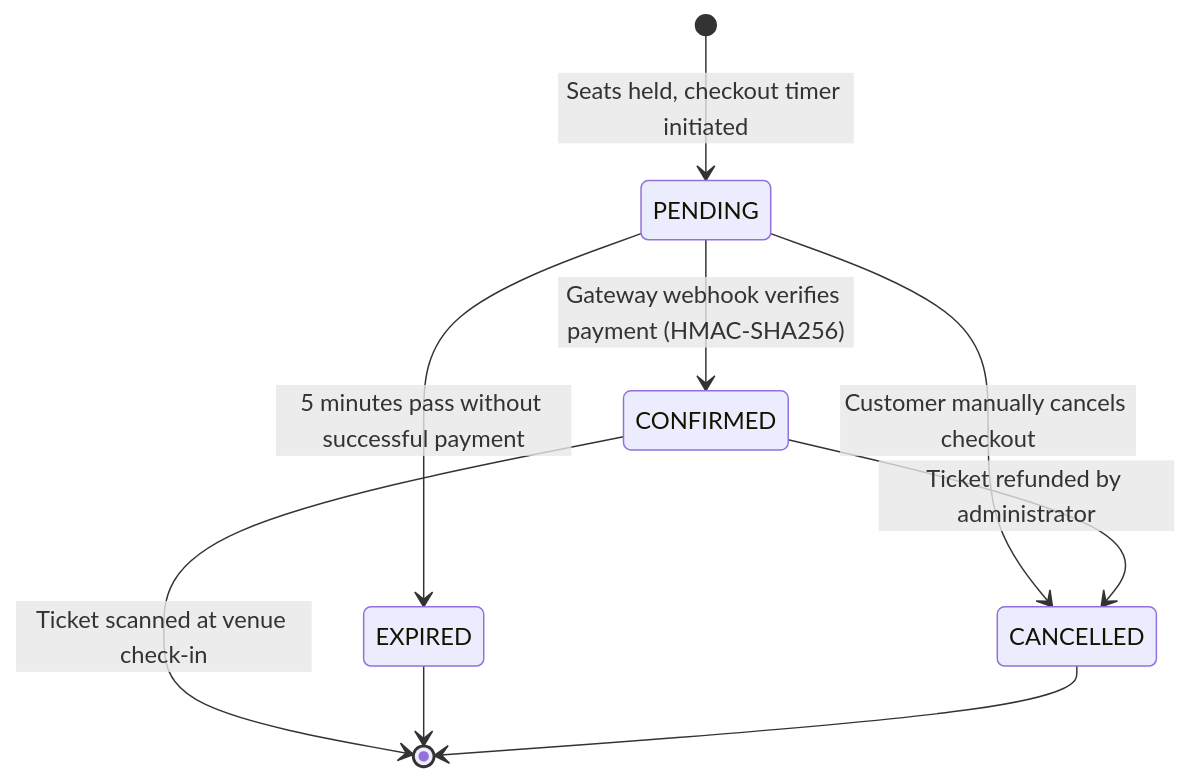
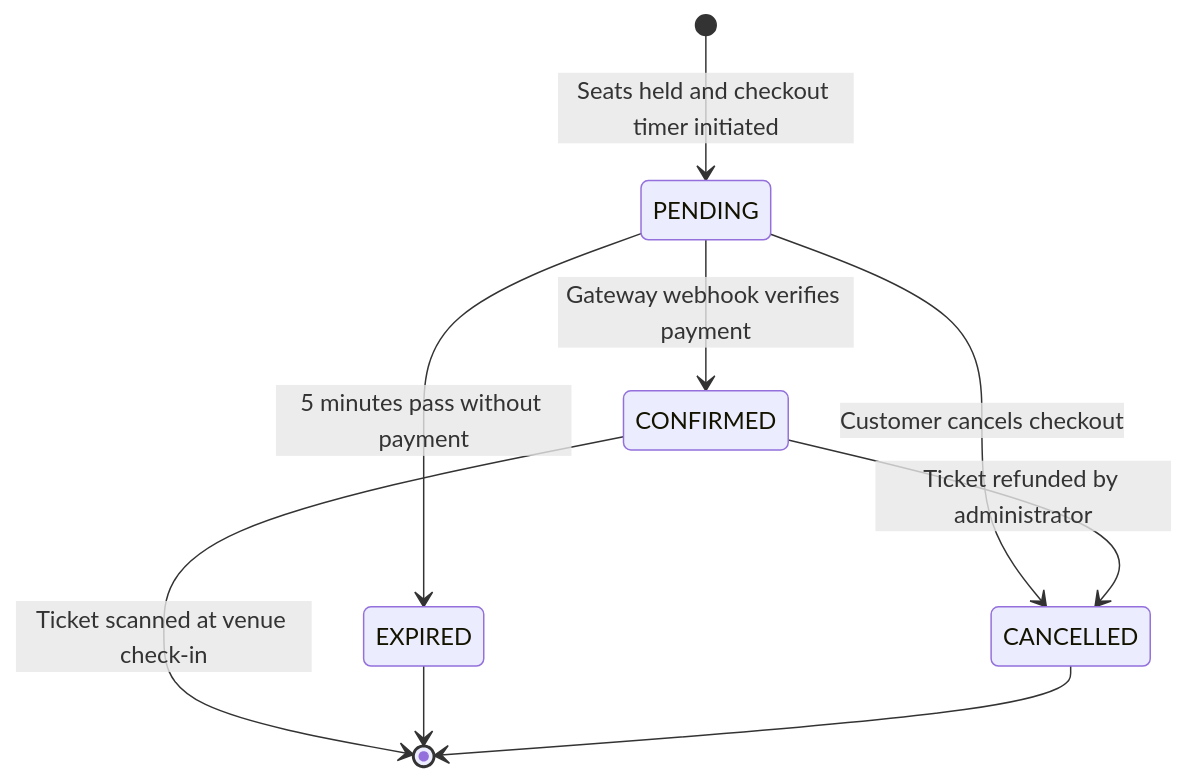
Before and after one commit to Bibek9178123/Ticket-Booking-Platform-TicketRush: the sixth of 6 diagrams in README.md, drawn with Mermaid. The commit also changed other lines of this file, not shown here.

Commit message:
fix(docs): resolve Mermaid syntax errors in HLD flowchart and contention diagram

````diff
--- a/README.md
+++ b/README.md
@@ -381,11 +380,11 @@
 ```mermaid
 stateDiagram-v2
-    [*] --> PENDING : Seats held, checkout timer initiated
-    PENDING --> CONFIRMED : Gateway webhook verifies payment (HMAC-SHA256)
-    PENDING --> EXPIRED : 5 minutes pass without successful payment
-    PENDING --> CANCELLED : Customer manually cancels checkout
+    [*] --> PENDING : Seats held and checkout timer initiated
+    PENDING --> CONFIRMED : Gateway webhook verifies payment
+    PENDING --> EXPIRED : 5 minutes pass without payment
+    PENDING --> CANCELLED : Customer cancels checkout
     CONFIRMED --> CANCELLED : Ticket refunded by administrator
     CONFIRMED --> [*] : Ticket scanned at venue check-in
     EXPIRED --> [*]
     CANCELLED --> [*]
 ```
````
